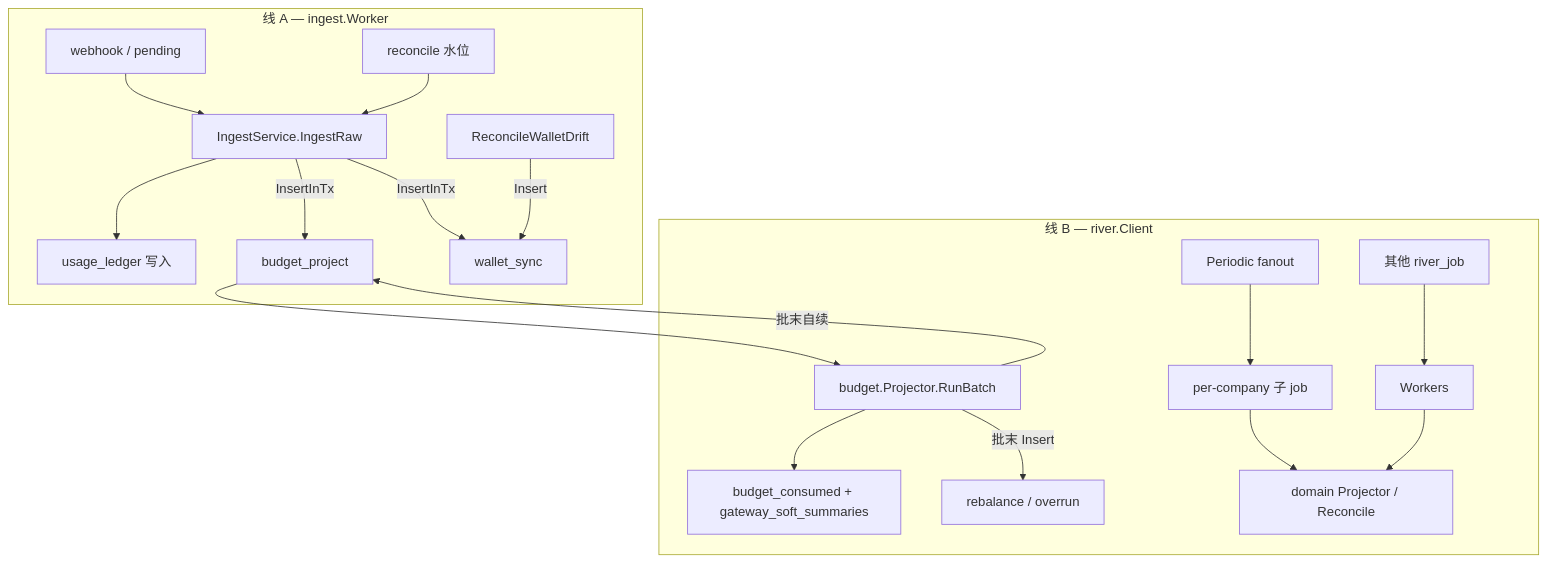
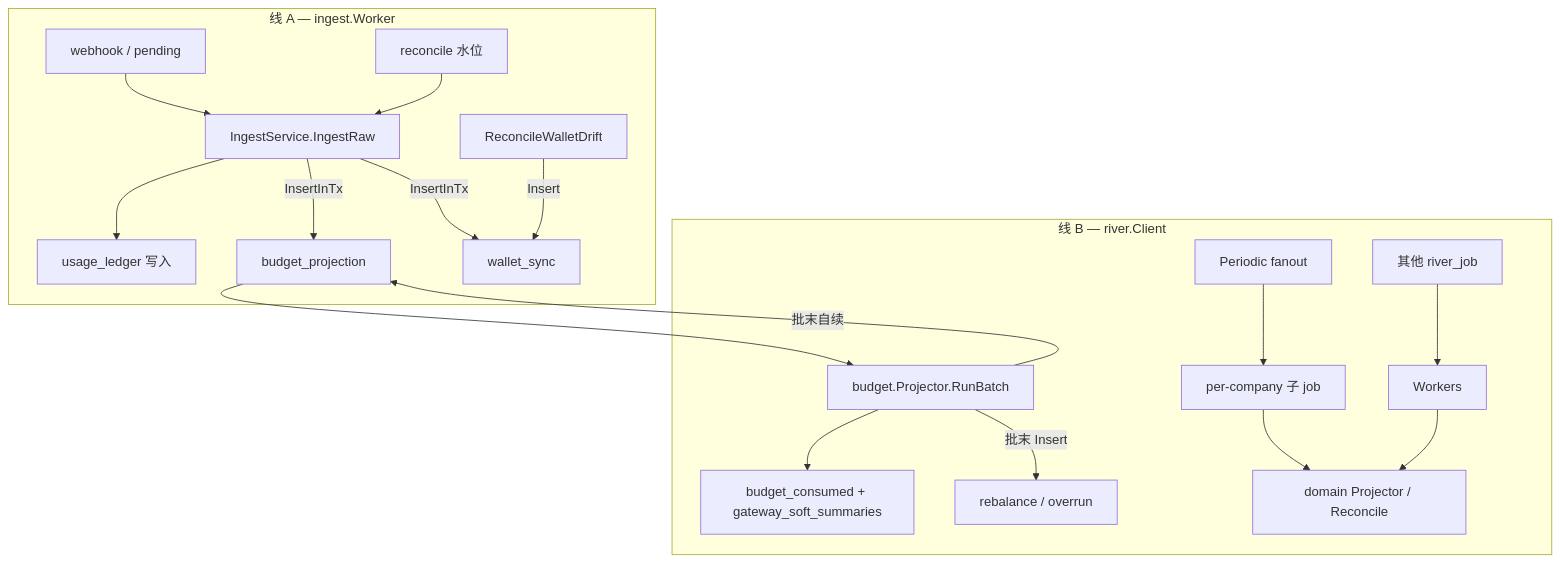
Before and after one commit to quyip8818/mytokenjoy: the diagram in docs/Backend-离线任务.md, drawn with Mermaid. The commit also changed other lines of this file and 175 other files, not shown here.

````diff
--- a/docs/Backend-离线任务.md
+++ b/docs/Backend-离线任务.md
@@ -28,22 +28,22 @@
 ```mermaid
 flowchart TB
   subgraph lineA [线 A — ingest.Worker]
     WH[webhook / pending] --> ING[IngestService.IngestRaw]
     REC[reconcile 水位] --> ING
     ING --> LEDGER[usage_ledger 写入]
-    ING -->|InsertInTx| BP[budget_project]
+    ING -->|InsertInTx| BP[budget_projection]
     ING -->|InsertInTx| WSjob[wallet_sync]
     DRIFT[ReconcileWalletDrift] -->|Insert| WSjob
   end
 
   subgraph lineB [线 B — river.Client]
     BP --> BPW[budget.Projector.RunBatch]
     BPW --> CONSUMED[budget_consumed + gateway_soft_summaries]
     BPW -->|批末 Insert| RB[rebalance / overrun]
     BPW -->|批末自续| BP
     PER[Periodic fanout] --> TENANT[per-company 子 job]
     TENANT --> DOM[domain Projector / Reconcile]
     RJ[其他 river_job] --> W[Workers]
     W --> DOM
   end
 ```
````
